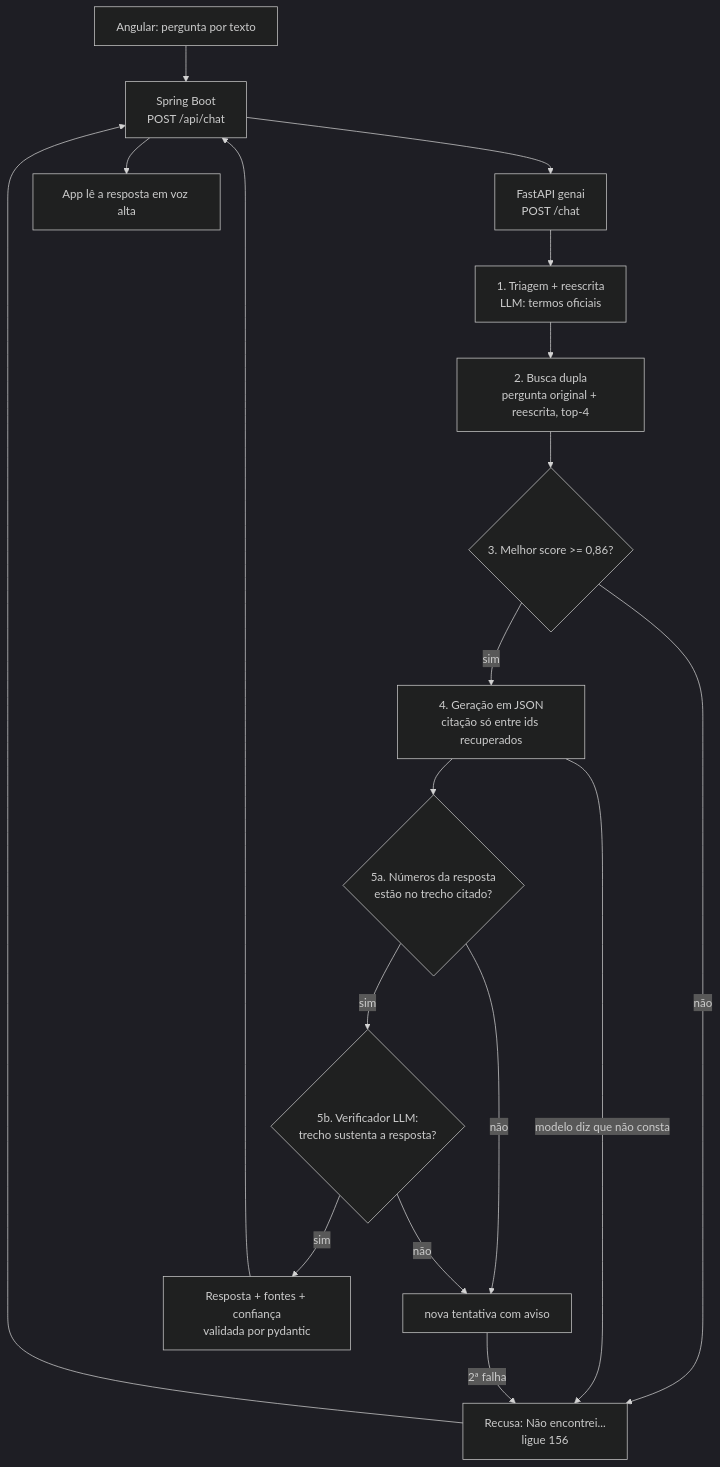
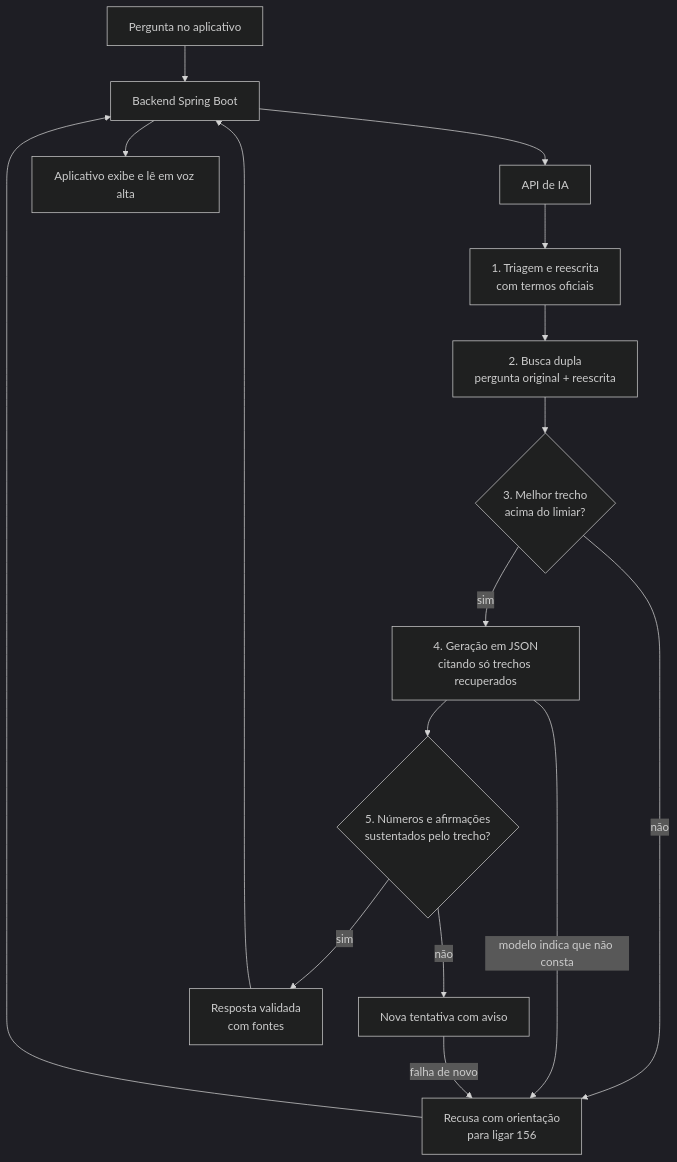
The second of 2 diagrams in genai/RELATORIO.md (pedrobicas/ponto-falante), drawn with Mermaid (dark theme) before and after one commit. The commit also changed other lines of this file and 7 other files, not shown here.

````diff
--- a/genai/RELATORIO.md
+++ b/genai/RELATORIO.md
@@ -56,20 +85,18 @@
 ```mermaid
 flowchart TD
-    U[Angular: pergunta por texto] --> S[Spring Boot<br/>POST /api/chat]
-    S --> API[FastAPI genai<br/>POST /chat]
-    API --> T[1. Triagem + reescrita<br/>LLM: termos oficiais]
-    T --> B[2. Busca dupla<br/>pergunta original + reescrita, top-4]
-    B --> L{3. Melhor score >= 0,86?}
-    L -->|não| R[Recusa: Não encontrei...<br/>ligue 156]
-    L -->|sim| G[4. Geração em JSON<br/>citação só entre ids recuperados]
-    G -->|modelo diz que não consta| R
-    G --> N{5a. Números da resposta<br/>estão no trecho citado?}
-    N -->|não| G2[nova tentativa com aviso]
-    N -->|sim| V{5b. Verificador LLM:<br/>trecho sustenta a resposta?}
-    V -->|não| G2
-    G2 -->|2ª falha| R
-    V -->|sim| OK[Resposta + fontes + confiança<br/>validada por pydantic]
+    U[Pergunta no aplicativo] --> S[Backend Spring Boot]
+    S --> API[API de IA]
+    API --> T[1. Triagem e reescrita<br/>com termos oficiais]
+    T --> B[2. Busca dupla<br/>pergunta original + reescrita]
+    B --> L{3. Melhor trecho<br/>acima do limiar?}
+    L -->|não| R[Recusa com orientação<br/>para ligar 156]
+    L -->|sim| G[4. Geração em JSON<br/>citando só trechos recuperados]
+    G -->|modelo indica que não consta| R
+    G --> N{5. Números e afirmações<br/>sustentados pelo trecho?}
+    N -->|não| G2[Nova tentativa com aviso]
+    G2 -->|falha de novo| R
+    N -->|sim| OK[Resposta validada<br/>com fontes]
     OK --> S
     R --> S
-    S --> U2[App lê a resposta em voz alta]
+    S --> U2[Aplicativo exibe e lê em voz alta]
 ```
````
